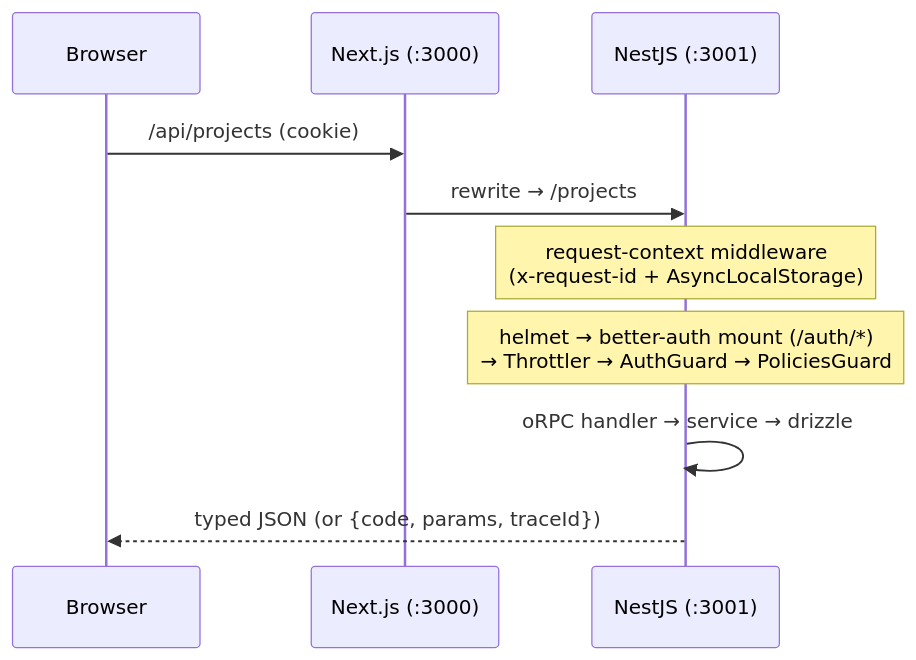
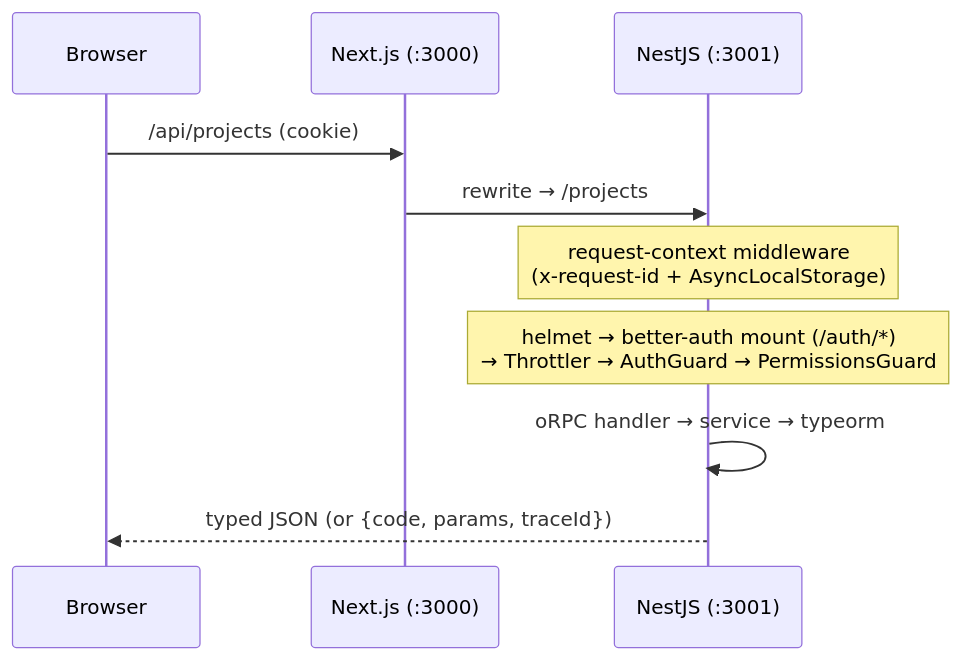
Before and after one commit to nilscrls/industry-template: the diagram in template/docs/architecture.md, drawn with Mermaid. The commit also changed other lines of this file and 142 other files, not shown here.

````diff
--- a/template/docs/architecture.md
+++ b/template/docs/architecture.md
@@ -52,12 +52,12 @@
 ```mermaid
 sequenceDiagram
   participant B as Browser
   participant W as Next.js (:3000)
   participant A as NestJS (:3001)
   B->>W: /api/projects (cookie)
   W->>A: rewrite → /projects
   Note over A: request-context middleware<br/>(x-request-id + AsyncLocalStorage)
-  Note over A: helmet → better-auth mount (/auth/*)<br/>→ Throttler → AuthGuard → PoliciesGuard
-  A->>A: oRPC handler → service → drizzle
+  Note over A: helmet → better-auth mount (/auth/*)<br/>→ Throttler → AuthGuard → PermissionsGuard
+  A->>A: oRPC handler → service → typeorm
   A-->>B: typed JSON (or {code, params, traceId})
 ```
````
